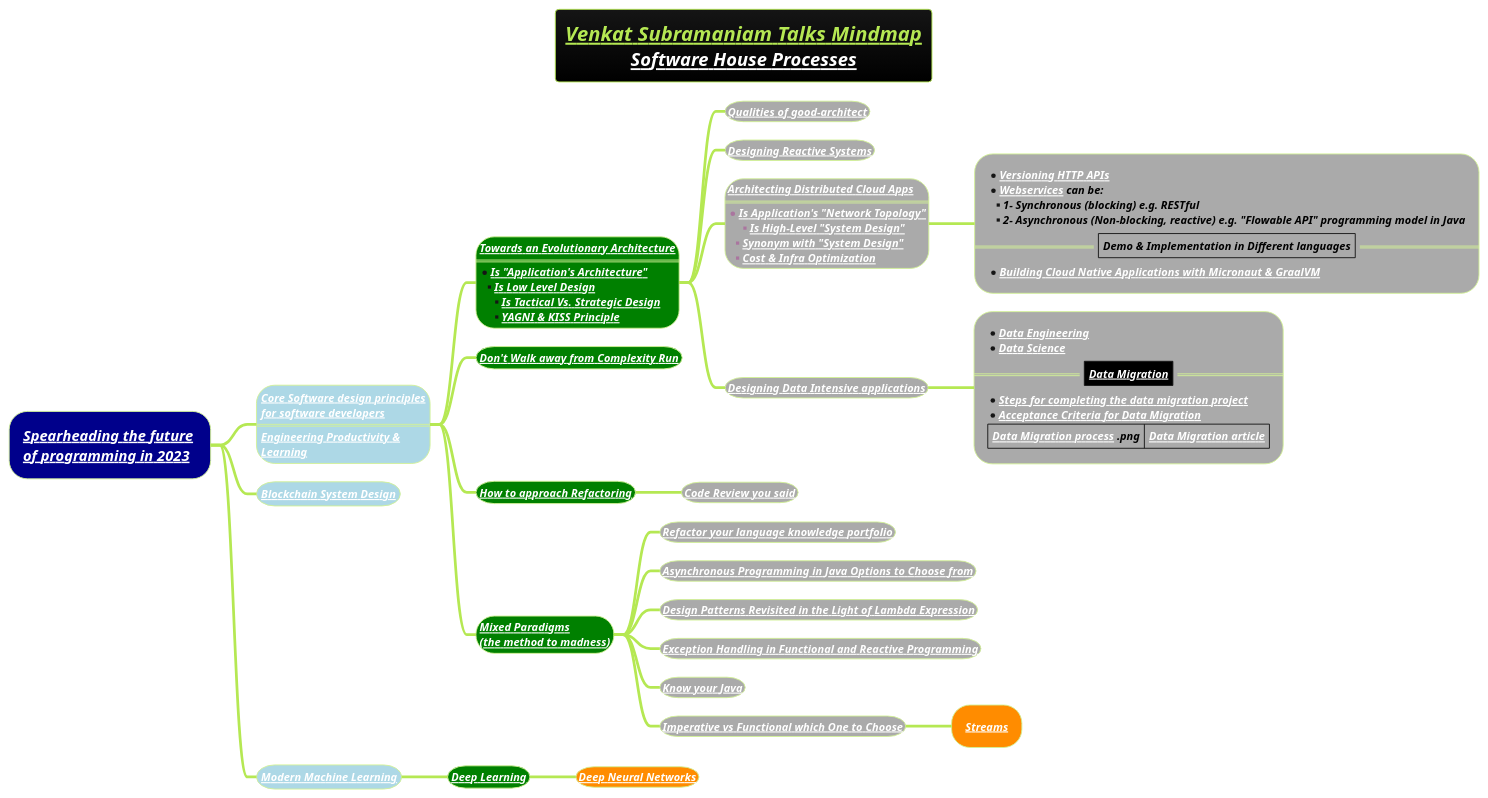
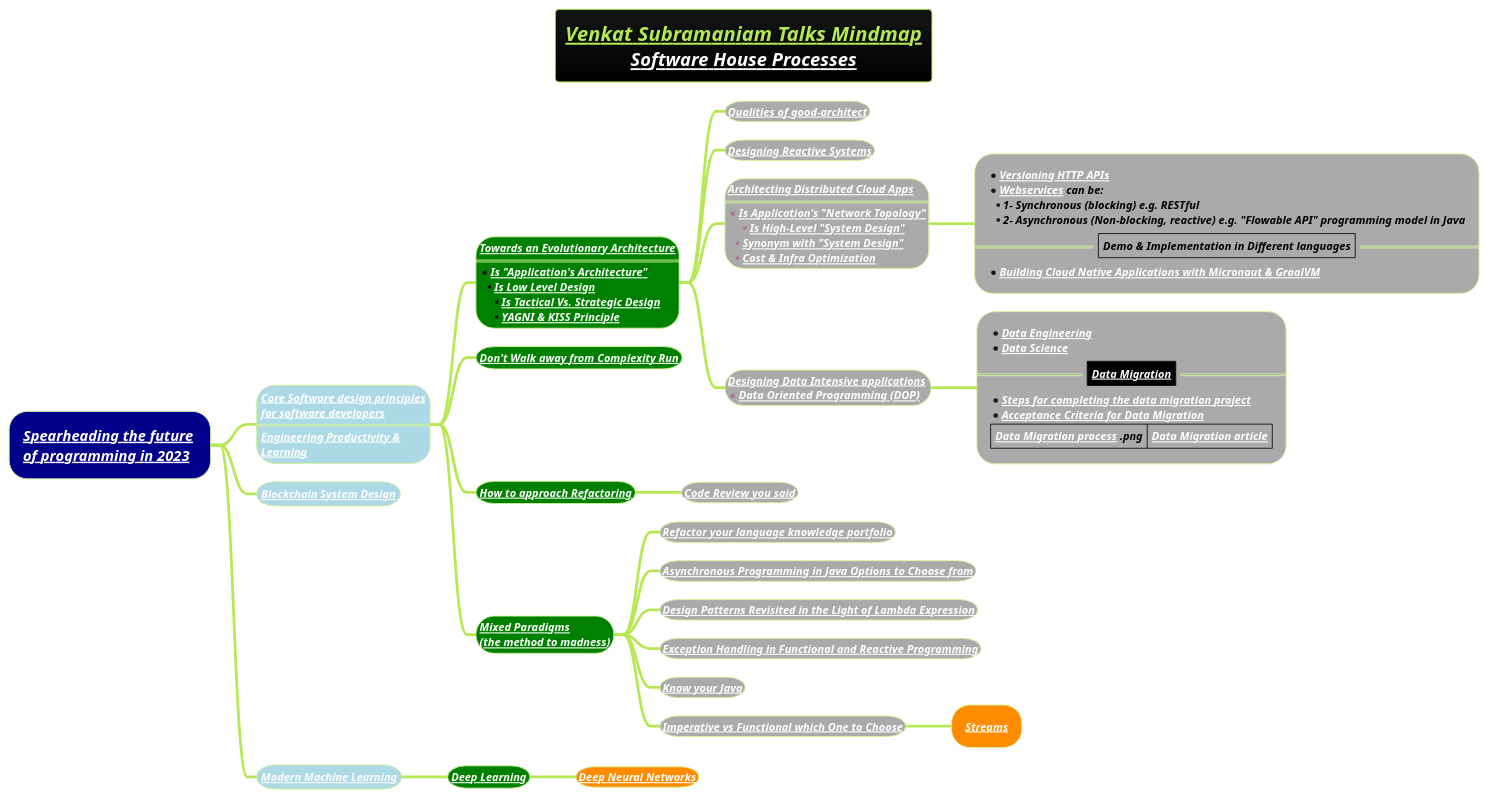
One commit to MehmoodHashmi/Documentation-as-Code-DaC changed the diagram in docs/3-programming-languages/Venkat-Subramaniam/venkat-talks-mindmap.puml. Above: the diagram before and after it, drawn with PlantUML. The commit also changed 1 other file, not shown here.

```diff
--- a/docs/3-programming-languages/Venkat-Subramaniam/venkat-talks-mindmap.puml
+++ b/docs/3-programming-languages/Venkat-Subramaniam/venkat-talks-mindmap.puml
@@ -1,61 +1,61 @@
 @startmindmap
 title =<i><b><u><size:18>Venkat Subramaniam Talks Mindmap \n<i>[[docs/1-business-analyst/client-management/software-house/Software-House-Processes.puml Software House Processes]]
 !theme hacker
 
 *[#darkblue] <i><color #black>[[docs/3-programming-languages/Venkat-Subramaniam/Spearheading-the-future-of-programming-2023.puml Spearheading the future]] \n<i><color #black>[[docs/3-programming-languages/Venkat-Subramaniam/Spearheading-the-future-of-programming-2023.puml of programming in 2023]]
 **[#lightblue]:<color:white><i><size:12>[[docs/3-programming-languages/Venkat-Subramaniam/Core-Software-design-principles-for-software-developers.puml Core Software design principles]]
 <color:white><i><size:12>[[docs/3-programming-languages/Venkat-Subramaniam/Core-Software-design-principles-for-software-developers.puml for software developers]]
 ====
 <b><i><color #black><size:12>[[docs/3-programming-languages/Venkat-Subramaniam/Engineering-Productivity-and-Learning.puml Engineering Productivity &]]
 <b><i><color #black><size:12>[[docs/3-programming-languages/Venkat-Subramaniam/Engineering-Productivity-and-Learning.puml Learning]];
 
 ***[#green]:<b><i><color #black><size:12>[[docs/3-programming-languages/Venkat-Subramaniam/Towards-an-Evolutionary-Architecture.puml Towards an Evolutionary Architecture]]
 ====
 *<b><i><color #black><size:12>[[docs/3-programming-languages/Venkat-Subramaniam/images/img_149.png Is "Application's Architecture"]]
 **<b><i><color #black><size:12>[[docs/3-programming-languages/Venkat-Subramaniam/Towards-an-Evolutionary-Architecture.puml Is Low Level Design]]
 ***<b><i><color #black><size:12>[[docs/3-programming-languages/Venkat-Subramaniam/Core-Software-design-principles-for-software-developers.puml Is Tactical Vs. Strategic Design]]
 ***<b><i><color #black><size:12>[[docs/3-programming-languages/Venkat-Subramaniam/Towards-an-Evolutionary-Architecture.puml YAGNI & KISS Principle]];
 
 ****[#a] <b><i><color #black><size:12>[[docs/3-programming-languages/Venkat-Subramaniam/Qualities-of-good-architect.puml Qualities of good-architect]]
 ****[#a] <b><i><color #black><size:12>[[docs/3-programming-languages/Venkat-Subramaniam/Designing-Reactive-Systems.puml Designing Reactive Systems]]
 
 ****[#a]:<b><i><color #black><size:12>[[docs/3-programming-languages/Venkat-Subramaniam/Architecting-Distributed-Cloud-Apps.puml Architecting Distributed Cloud Apps]]
 ====
 *<b><i><color #black><size:12>[[docs/3-programming-languages/Venkat-Subramaniam/images/img_149.png Is Application's "Network Topology"]]
 ***<b><i><color #black><size:12>[[docs/3-programming-languages/Venkat-Subramaniam/Architecting-Distributed-Cloud-Apps.puml Is High-Level "System Design"]]
 **<b><i><color #black><size:12>[[docs/3-programming-languages/Venkat-Subramaniam/Architecting-Distributed-Cloud-Apps.puml Synonym with "System Design"]]
 **<b><i><color #black><size:12>[[docs/3-programming-languages/Venkat-Subramaniam/Architecting-Distributed-Cloud-Apps.puml Cost & Infra Optimization]];
 
 *****[#a]:*<b><i><color #black><size:12>[[docs/3-programming-languages/Venkat-Subramaniam/Architecting-Distributed-Cloud-Apps.puml Versioning HTTP APIs]]
 *<b><i><color #black><size:12>[[docs/3-programming-languages/Venkat-Subramaniam/webservice.puml Webservices]] can be:
 **<b><i><color #black><size:12>1- Synchronous (blocking) e.g. RESTful
 **<b><i><color #black><size:12>2- Asynchronous (Non-blocking, reactive) e.g. "Flowable API" programming model in Java
 ==|<b><i><color #black><size:12>Demo & Implementation in Different languages|==
 *<b><i><color #black><size:12>[[docs/3-programming-languages/Venkat-Subramaniam/Building-Cloud-Native-Applications-with-Micronaut-and-GraalVM.puml Building Cloud Native Applications with Micronaut & GraalVM]];
-****[#a] <b><i><color #black><size:12>[[docs/books/1-books-backlog/DBMS/Designing-Data-Intensive-Applications.puml Designing Data Intensive applications]]
+****[#a] <b><i><color #black><size:12>[[docs/books/1-books-backlog/DBMS/Designing-Data-Intensive-Applications.puml Designing Data Intensive applications]] \n*<b><i><color #black><size:12>[[docs/books/1-books-backlog/DBMS/Designing-Data-Intensive-Applications.puml Data Oriented Programming (DOP)]]
 *****[#a]:*<b><i><color #black><size:12>[[docs/AI-ML-DL-Data-Science-and-BigData/data-science/data-engineering/Data-Engineering.puml Data Engineering]]
 *<b><i><color #black><size:12>[[docs/AI-ML-DL-Data-Science-and-BigData/data-science/Data-Science.puml Data Science]]
 ==|<#black><b><i><color #black><size:12>[[docs/AI-ML-DL-Data-Science-and-BigData/data-science/data-or-database-migration/Data-Migration.puml Data Migration]]|==
 *<b><i><color #black><size:12>[[docs/AI-ML-DL-Data-Science-and-BigData/data-science/data-or-database-migration/steps-for-completing-the-data-migration-project.puml Steps for completing the data migration project]]
 *<b><i><color #black><size:12>[[docs/AI-ML-DL-Data-Science-and-BigData/data-science/data-or-database-migration/Acceptance-Criteria-for-Data-Migration.puml Acceptance Criteria for Data Migration]]
 |<b><i><color #black><size:12>[[docs/AI-ML-DL-Data-Science-and-BigData/data-science/data-or-database-migration/images/img_1.png Data Migration process]] .png|<b><i><color #black><size:12>[[https://corporatefinanceinstitute.com/resources/data-science/data-migration/ Data Migration article]]|;
 
 ***[#green] <b><i><color #black><size:12>[[docs/3-programming-languages/Venkat-Subramaniam/Do-not-Walk-Away-From-Complexity-Run.puml Don't Walk away from Complexity Run]]
 ***[#green] <b><i><color #black><size:12>[[docs/3-programming-languages/Venkat-Subramaniam/how-to-approach-refactoring.puml How to approach Refactoring]]
 ****[#a] <b><i><color #black><size:12>[[docs/3-programming-languages/Venkat-Subramaniam/Code-Review-you-said.puml Code Review you said]]
 ***[#green] <b><i><color #black><size:12>[[docs/3-programming-languages/Venkat-Subramaniam/mixed-paradigms-(the-method-to-madness).puml Mixed Paradigms]] \n<b><i><color #black><size:12>[[docs/3-programming-languages/Venkat-Subramaniam/mixed-paradigms-(the-method-to-madness).puml (the method to madness)]]
 ****[#a] <b><i><color #black><size:12>[[docs/3-programming-languages/Venkat-Subramaniam/Refactor-your-language-knowledge-portfolio-(we-are-what-we-can-code-in).puml Refactor your language knowledge portfolio]]
 ****[#a] <b><i><color #black><size:12>[[docs/3-programming-languages/Venkat-Subramaniam/Asynchronous-Programming-in-Java-Options-to-Choose-from.puml Asynchronous Programming in Java Options to Choose from]]
 ****[#a] <b><i><color #black><size:12>[[docs/3-programming-languages/Venkat-Subramaniam/Design-Patterns-revisited-in-the-Light-of-Lambda-Expression.puml Design Patterns Revisited in the Light of Lambda Expression]]
 ****[#a] <b><i><color #black><size:12>[[docs/3-programming-languages/Venkat-Subramaniam/Exception-Handling-in-Functional-and-Reactive-Programming.puml Exception Handling in Functional and Reactive Programming]]
 ****[#a] <b><i><color #black><size:12>[[docs/3-programming-languages/Venkat-Subramaniam/Know-your-java-venkat.puml Know your Java]]
 ****[#a] <b><i><color #black><size:12>[[docs/3-programming-languages/Venkat-Subramaniam/Imperative-vs-Functional-Which-one-to-Choose.puml Imperative vs Functional which One to Choose]]
 *****[#darkorange] <b><i><color #black><size:12>[[docs/3-programming-languages/Venkat-Subramaniam/Streams.puml Streams]]
 
 **[#lightblue] <color:white><i><size:12>[[docs/blockchain/Blockchain-System-Design.puml Blockchain System Design]]
 
 **[#lightblue] <b><i><color #black><size:12>[[docs/AI-ML-DL-Data-Science-and-BigData/machine-learning-ML/Modern-Machine-Learning.puml Modern Machine Learning]]
 ***[#green] <b><i><color #black><size:12>[[docs/AI-ML-DL-Data-Science-and-BigData/machine-learning-ML/3-deep-learning-DL/Deep-Learning.puml Deep Learning]]
 ****[#darkorange] <b><i><color #black><size:12>[[docs/AI-ML-DL-Data-Science-and-BigData/machine-learning-ML/3-deep-learning-DL/Neural-Network-Architecture.puml Deep Neural Networks]]
 
 @endmindmap
```
